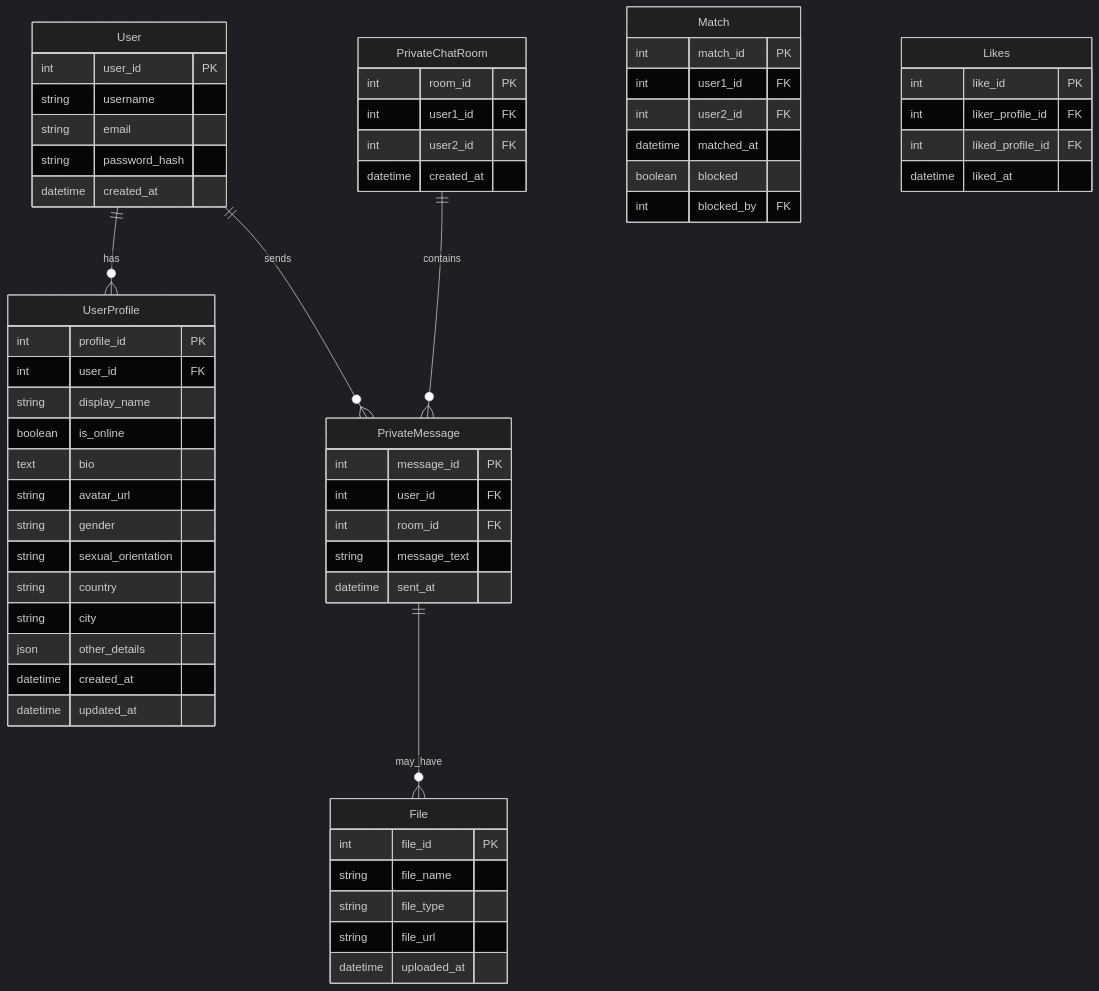
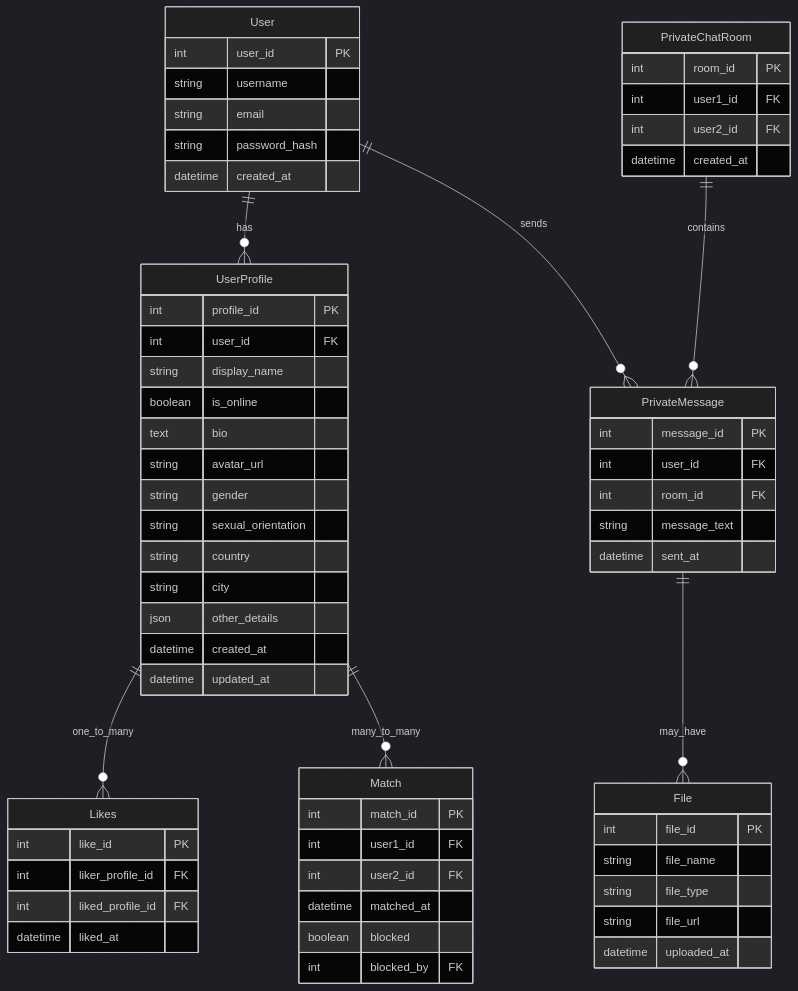
One commit to dimitri-edel/team-5 changed the diagram in README.md. Above: the diagram before and after it, drawn with Mermaid (dark theme).

Commit message:
Update relationships in ERD in README

````diff
--- a/README.md
+++ b/README.md
@@ -60,66 +60,68 @@
 ```mermaid
 erDiagram
     User {
         int user_id PK
         string username
         string email
         string password_hash
         datetime created_at
     }
     UserProfile {
         int profile_id PK
         int user_id FK
         string display_name
         boolean is_online
         text bio
         string avatar_url
         string gender
         string sexual_orientation
         string country
         string city
         json other_details
         datetime created_at
         datetime updated_at
     }
     PrivateChatRoom {
         int room_id PK
         int user1_id FK
         int user2_id FK
         datetime created_at
     }    
     PrivateMessage {
         int message_id PK
         int user_id FK
         int room_id FK
         string message_text
         datetime sent_at
     }
     File {
         int file_id PK
         string file_name
         string file_type
         string file_url
         datetime uploaded_at
     }    
     Match {
         int match_id PK
         int user1_id FK
         int user2_id FK
         datetime matched_at
         boolean blocked
         int blocked_by FK
     }
     %% blocked_by: user_id of the user who initiated the block
     
     Likes {
         int like_id PK
         int liker_profile_id FK
         int liked_profile_id FK
         datetime liked_at
     }
 
     User ||--o{ UserProfile : has
     User ||--o{ PrivateMessage : sends
     PrivateChatRoom ||--o{ PrivateMessage : contains
     PrivateMessage ||--o{ File : may_have
+    UserProfile ||--o{ Likes : one_to_many
+    UserProfile ||--o{ Match : many_to_many
 ```
````
